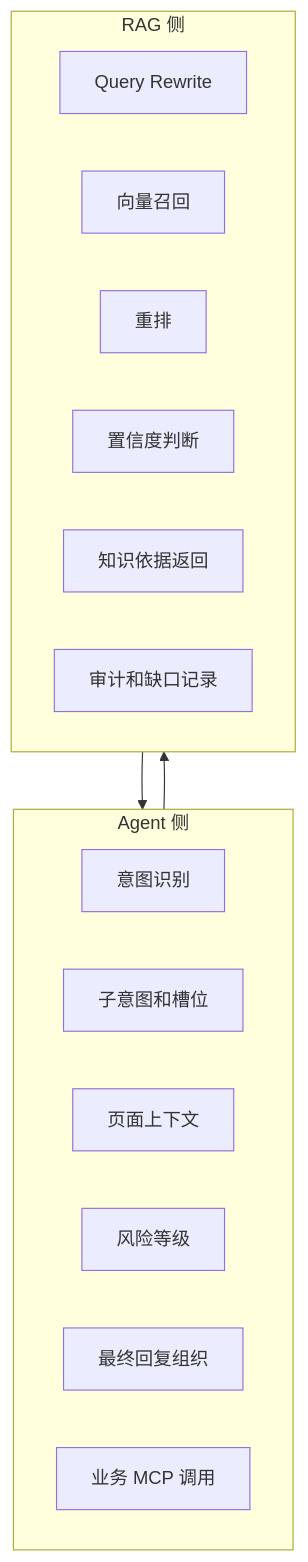
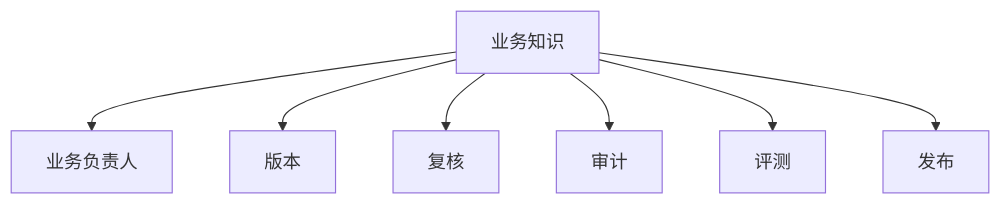
Before and after one commit to YYHRICH/dalizai-knowledge-rag-service: the second of 25 diagrams in docs/rag_service_design_report_v1.0.md, drawn with Mermaid. The commit also changed other lines of this file, not shown here.

Commit message:
Refocus RAG design on knowledge governance

````diff
--- a/docs/rag_service_design_report_v1.0.md
+++ b/docs/rag_service_design_report_v1.0.md
@@ -90,23 +41,9 @@
 ```mermaid
 flowchart TB
-    subgraph AgentSide[Agent 侧]
-        A1[意图识别]
-        A2[子意图和槽位]
-        A3[页面上下文]
-        A4[风险等级]
-        A5[最终回复组织]
-        A6[业务 MCP 调用]
-    end
-
-    subgraph RagSide[RAG 侧]
-        R1[Query Rewrite]
-        R2[向量召回]
-        R3[重排]
-        R4[置信度判断]
-        R5[知识依据返回]
-        R6[审计和缺口记录]
-    end
-
-    AgentSide --> RagSide
-    RagSide --> AgentSide
+    Knowledge[业务知识] --> Owner[业务负责人]
+    Knowledge --> Version[版本]
+    Knowledge --> Review[复核]
+    Knowledge --> Audit[审计]
+    Knowledge --> Eval[评测]
+    Knowledge --> Publish[发布]
 ```
````
